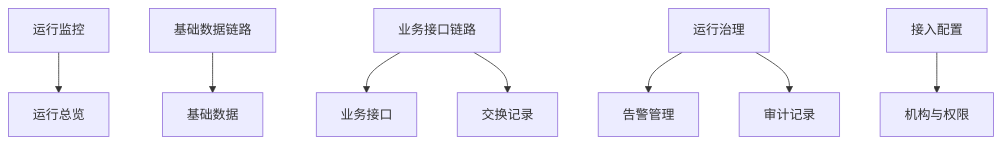
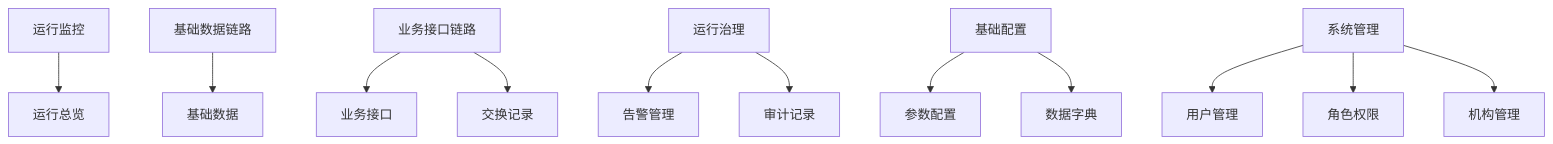
The diagram in docs/design/系统UI布局框架.md (zftos-xai/county-integration-platform), drawn with Mermaid before and after one commit. The commit also changed other lines of this file and 14 other files, not shown here.

````diff
--- a/docs/design/系统UI布局框架.md
+++ b/docs/design/系统UI布局框架.md
@@ -24,10 +24,14 @@
 ```mermaid
 flowchart TD
     A[运行监控] --> A1[运行总览]
     B[基础数据链路] --> B1[基础数据]
     C[业务接口链路] --> C1[业务接口]
     C --> C2[交换记录]
     D[运行治理] --> D1[告警管理]
     D --> D2[审计记录]
-    E[接入配置] --> E1[机构与权限]
+    F[基础配置] --> F1[参数配置]
+    F --> F2[数据字典]
+    G[系统管理] --> G1[用户管理]
+    G --> G2[角色权限]
+    G --> G3[机构管理]
 ```
````
